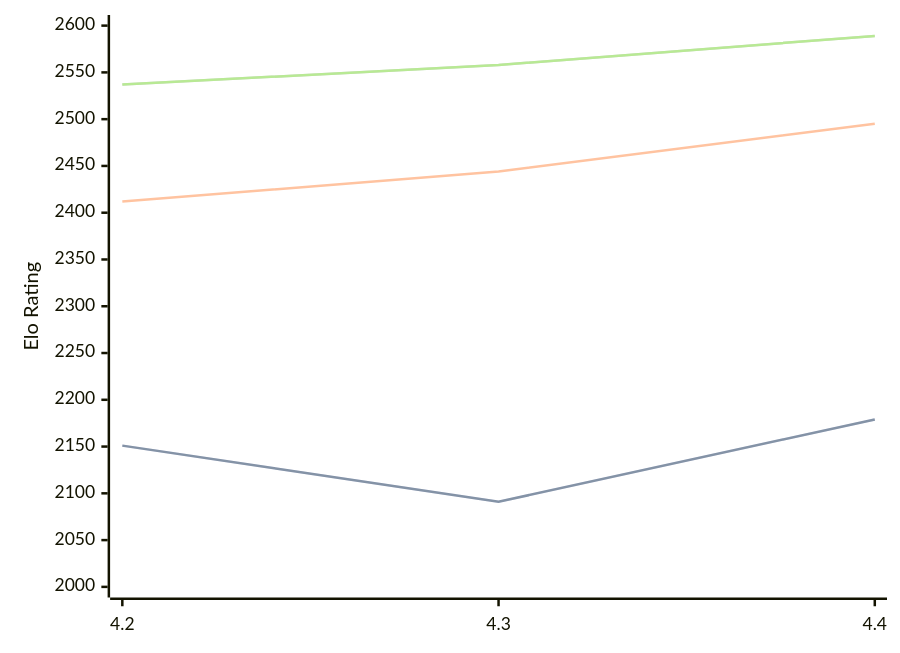
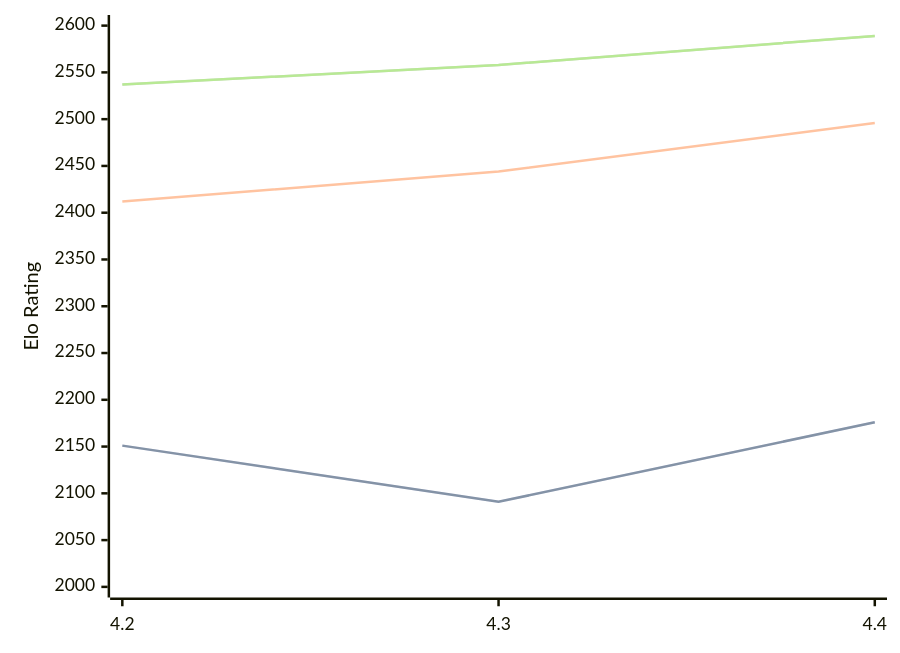
Before and after one commit to computer-chess-index/cci: the diagram in engines/Eubos.md, drawn with Mermaid. The commit also changed other lines of this file, not shown here.

````diff
--- a/engines/Eubos.md
+++ b/engines/Eubos.md
@@ -89,11 +89,11 @@
 ```mermaid
 %%{init: {"theme":"base","themeVariables":{"seriesColors:['#a3a3a3','#222221','#faa371']}}}%%
 xychart-beta
   x-axis ["4.2", "4.3", "4.4"]
   y-axis "Elo Rating" 2000 --> 2600
-  line "STC (8.0+0.08s)" [2151, 2091, 2179]
-  line "STC (8.0+0.08s)" [2151, 2091, 2179]
-  line "LTC (60.0+0.60s)" [2412, 2444, 2495]
+  line "STC (8.0+0.08s)" [2151, 2091, 2176]
+  line "STC (8.0+0.08s)" [2151, 2091, 2176]
+  line "LTC (60.0+0.60s)" [2412, 2444, 2496]
   line "VLTC (2m24s+1.12s)" [2537, 2558, 2589]
   line "VLTC (2m24s+1.12s)" [2537, 2558, 2589]
 ```
````
